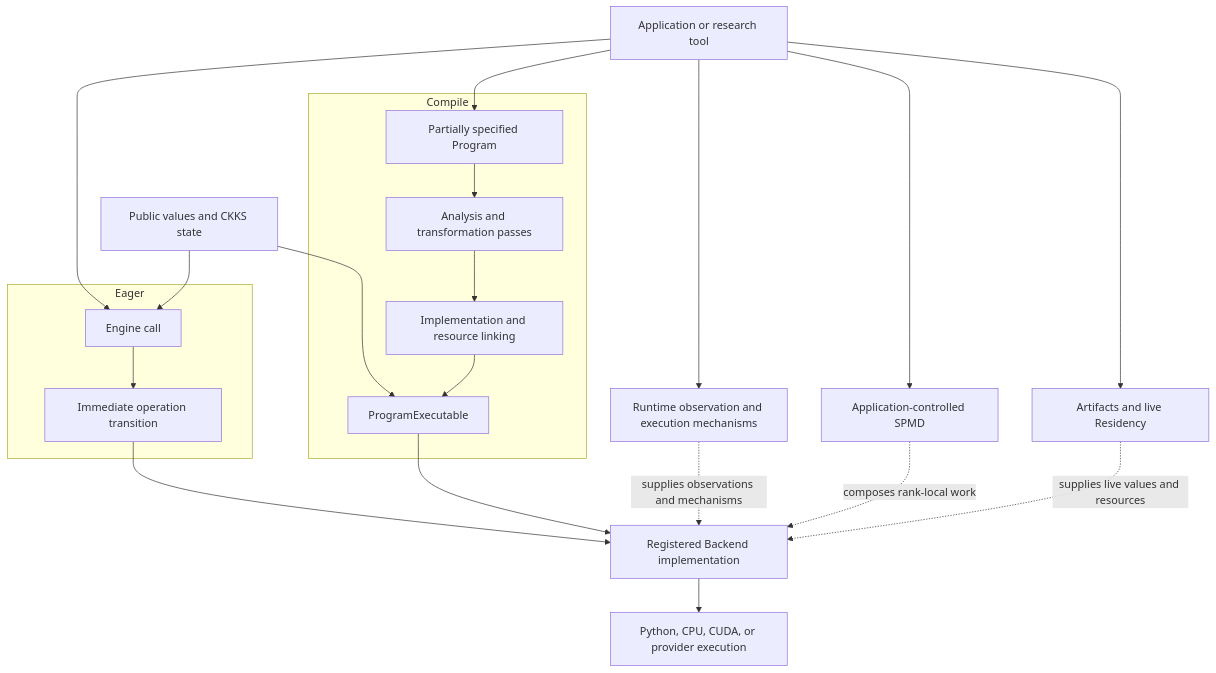
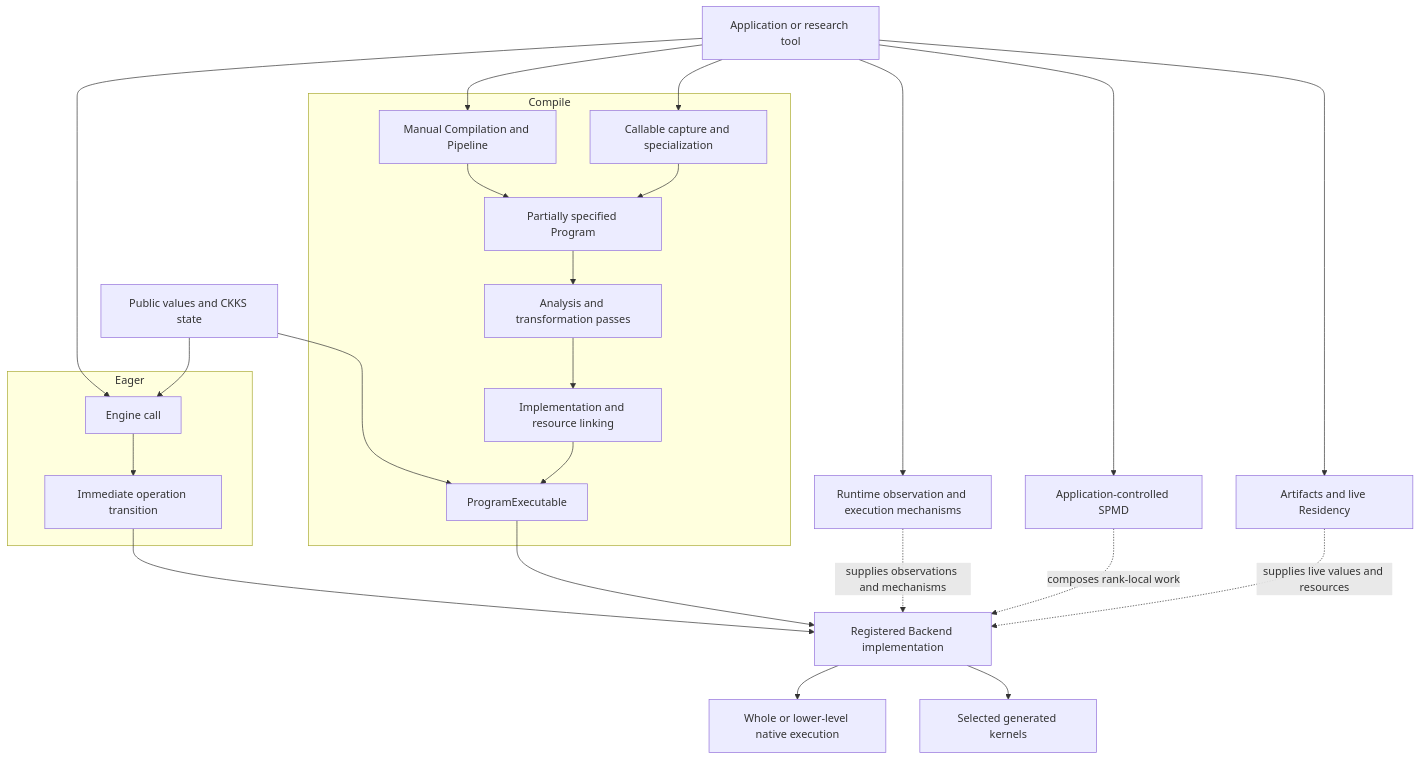
The diagram in docs/concepts/index.md (visualDust/fhelium), drawn with Mermaid before and after one commit. The commit also changed other lines of this file and 426 other files, not shown here.

Commit message:
Add unified compilation and JIT execution for FHElium 0.30

````diff
--- a/docs/concepts/index.md
+++ b/docs/concepts/index.md
@@ -11,39 +7,46 @@
 ```mermaid
 graph TB
     APP[Application or research tool]
     VALUES[Public values and CKKS state]
 
     subgraph Eager
         ENGINE[Engine call]
         TRANSITION[Immediate operation transition]
         ENGINE --> TRANSITION
     end
 
     subgraph Compile
+        MANUAL[Manual Compilation and Pipeline]
+        CALLABLE[Callable capture and specialization]
         PROGRAM[Partially specified Program]
+        MANUAL --> PROGRAM
+        CALLABLE --> PROGRAM
         PASSES[Analysis and transformation passes]
         LINK[Implementation and resource linking]
         EXEC[ProgramExecutable]
         PROGRAM --> PASSES --> LINK --> EXEC
     end
 
     BACKEND[Registered Backend implementation]
-    NATIVE[Python, CPU, CUDA, or provider execution]
+    NATIVE[Whole or lower-level native execution]
+    GENERATED[Selected generated kernels]
     RUNTIME[Runtime observation and execution mechanisms]
     DIST[Application-controlled SPMD]
     STORAGE[Artifacts and live Residency]
 
     APP --> ENGINE
-    APP --> PROGRAM
+    APP --> MANUAL
+    APP --> CALLABLE
     VALUES --> ENGINE
     VALUES --> EXEC
     TRANSITION --> BACKEND
     EXEC --> BACKEND
     BACKEND --> NATIVE
+    BACKEND --> GENERATED
     APP --> RUNTIME
     APP --> DIST
     APP --> STORAGE
     RUNTIME -. supplies observations and mechanisms .-> BACKEND
     DIST -. composes rank-local work .-> BACKEND
     STORAGE -. supplies live values and resources .-> BACKEND
 ```
````
